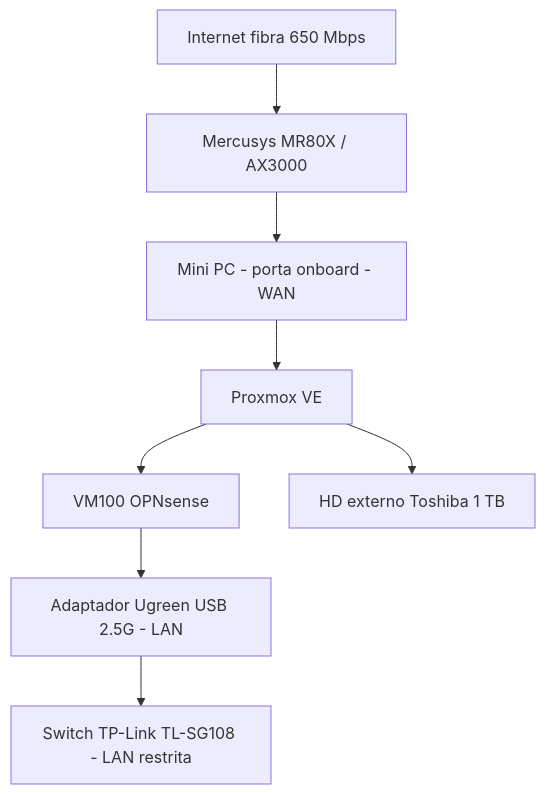
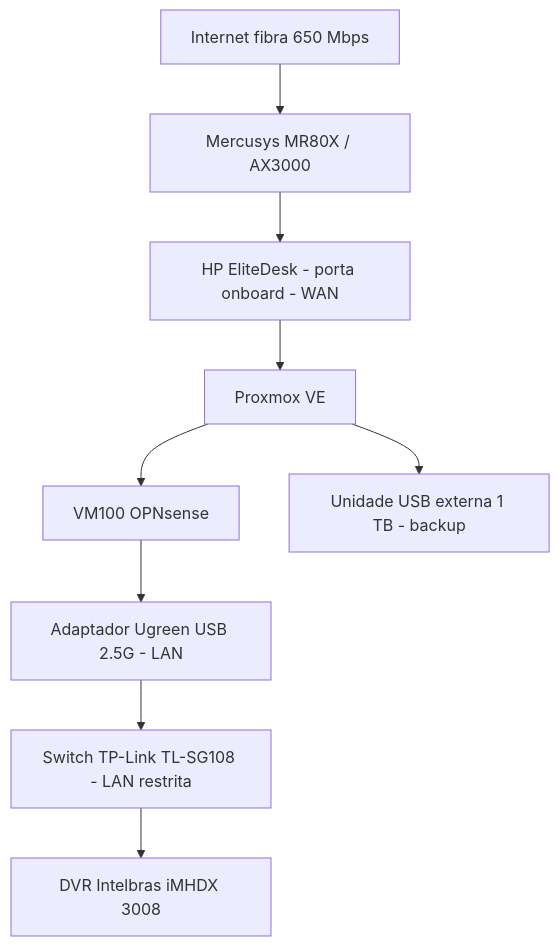
One commit to jagrom-max/Grom_Server changed the first of 6 diagrams in docs/18-DIAGRAMAS-E-MATRIZES.md. Above: the diagram before and after it, drawn with Mermaid. The commit also changed other lines of this file and 31 other files, not shown here.

Commit message:
Migrate deployment plan to HP EliteDesk

````diff
--- a/docs/18-DIAGRAMAS-E-MATRIZES.md
+++ b/docs/18-DIAGRAMAS-E-MATRIZES.md
@@ -7,19 +7,21 @@
 ```mermaid
 flowchart TD
     Internet[Internet fibra 650 Mbps]
     Router[Mercusys MR80X / AX3000]
-    WanNic[Mini PC - porta onboard - WAN]
+    WanNic[HP EliteDesk - porta onboard - WAN]
     Proxmox[Proxmox VE]
     OPN[VM100 OPNsense]
     LanNic[Adaptador Ugreen USB 2.5G - LAN]
     Switch[Switch TP-Link TL-SG108 - LAN restrita]
-    Hd[HD externo Toshiba 1 TB]
+    Hd[Unidade USB externa 1 TB - backup]
+    DVR[DVR Intelbras iMHDX 3008]
 
     Internet --> Router
     Router --> WanNic
     WanNic --> Proxmox
     Proxmox --> OPN
     OPN --> LanNic
     LanNic --> Switch
     Proxmox --> Hd
+    Switch --> DVR
 ```
````
